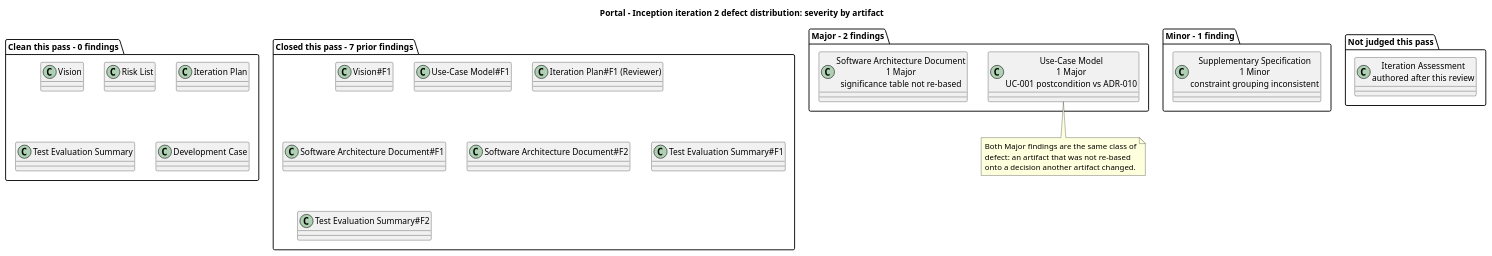
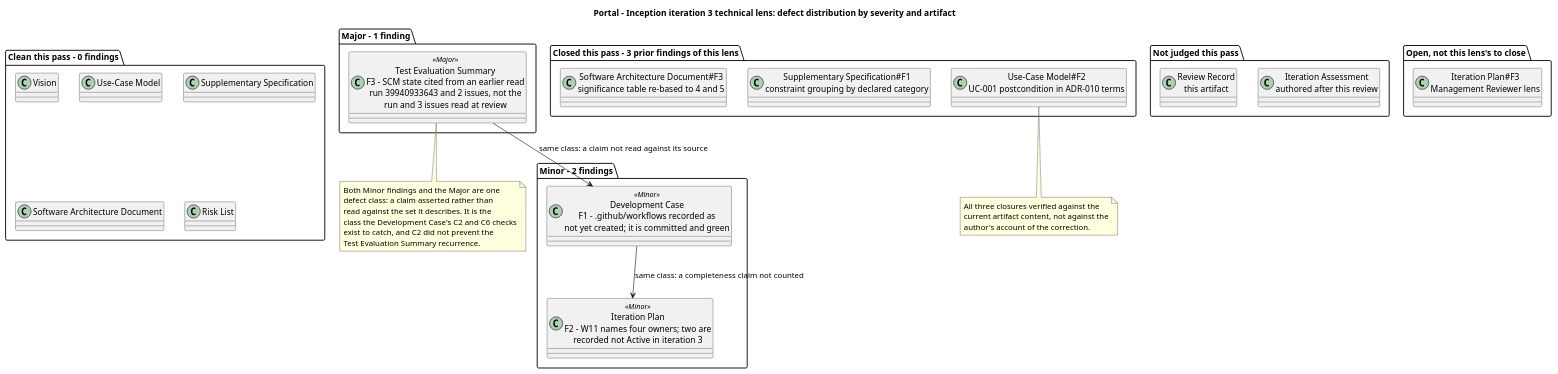
Before and after one commit to banense-test/portal: the sixth of 19 diagrams in docs/artifacts/project-management/review-record.md, drawn with PlantUML. The commit also changed other lines of this file, not shown here.

First line of the commit message:
Reviewer [I3]: upsert Review Record

````diff
--- a/docs/artifacts/project-management/review-record.md
+++ b/docs/artifacts/project-management/review-record.md
@@ -375,42 +377,55 @@
 ```plantuml
 @startuml
-title Portal - Inception iteration 2 defect distribution: severity by artifact
+title Portal - Inception iteration 3 technical lens: defect distribution by severity and artifact
 
-package "Major - 2 findings" {
-  class "Use-Case Model\n1 Major\nUC-001 postcondition vs ADR-010" as M1
-  class "Software Architecture Document\n1 Major\nsignificance table not re-based" as M2
+package "Major - 1 finding" {
+  class "Test Evaluation Summary\nF3 - SCM state cited from an earlier read\nrun 39940933643 and 2 issues, not the\nrun and 3 issues read at review" as M1 <<Major>>
 }
 
-package "Minor - 1 finding" {
-  class "Supplementary Specification\n1 Minor\nconstraint grouping inconsistent" as N1
+package "Minor - 2 findings" {
+  class "Development Case\nF1 - .github/workflows recorded as\nnot yet created; it is committed and green" as N1 <<Minor>>
+  class "Iteration Plan\nF2 - W11 names four owners; two are\nrecorded not Active in iteration 3" as N2 <<Minor>>
 }
 
 package "Clean this pass - 0 findings" {
   class "Vision" as C1
-  class "Risk List" as C2
-  class "Iteration Plan" as C3
-  class "Test Evaluation Summary" as C4
-  class "Development Case" as C5
+  class "Use-Case Model" as C2
+  class "Supplementary Specification" as C3
+  class "Software Architecture Document" as C4
+  class "Risk List" as C5
 }
 
 package "Not judged this pass" {
   class "Iteration Assessment\nauthored after this review" as X1
+  class "Review Record\nthis artifact" as X2
 }
 
-package "Closed this pass - 7 prior findings" {
-  class "Vision#F1" as R1
-  class "Use-Case Model#F1" as R2
-  class "Iteration Plan#F1 (Reviewer)" as R3
-  class "Software Architecture Document#F1" as R4
-  class "Software Architecture Document#F2" as R5
-  class "Test Evaluation Summary#F1" as R6
-  class "Test Evaluation Summary#F2" as R7
+package "Closed this pass - 3 prior findings of this lens" {
+  class "Use-Case Model#F2\nUC-001 postcondition in ADR-010 terms" as R1
+  class "Supplementary Specification#F1\nconstraint grouping by declared category" as R2
+  class "Software Architecture Document#F3\nsignificance table re-based to 4 and 5" as R3
 }
 
+package "Open, not this lens's to close" {
+  class "Iteration Plan#F3\nManagement Reviewer lens" as O1
+}
+
+M1 --> N1 : same class: a claim not read against its source
+N1 --> N2 : same class: a completeness claim not counted
+
 note bottom of M1
-  Both Major findings are the same class of
-  defect: an artifact that was not re-based
-  onto a decision another artifact changed.
+  Both Minor findings and the Major are one
+  defect class: a claim asserted rather than
+  read against the set it describes. It is the
+  class the Development Case's C2 and C6 checks
+  exist to catch, and C2 did not prevent the
+  Test Evaluation Summary recurrence.
+end note
+
+note bottom of R1
+  All three closures verified against the
+  current artifact content, not against the
+  author's account of the correction.
 end note
 @enduml
 ```
````
